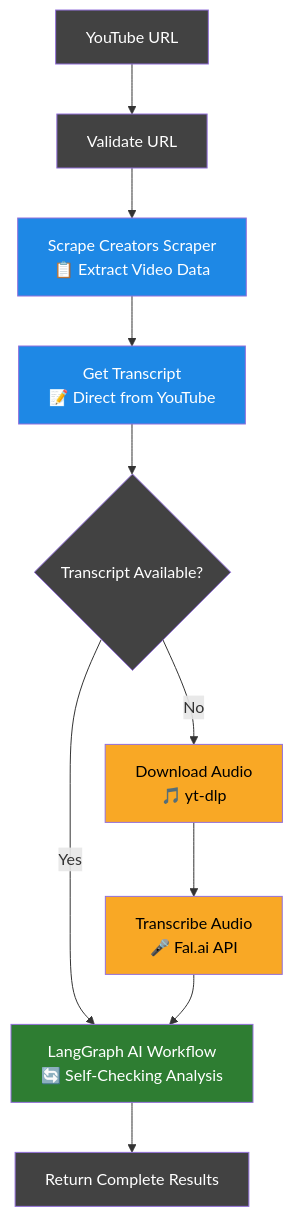
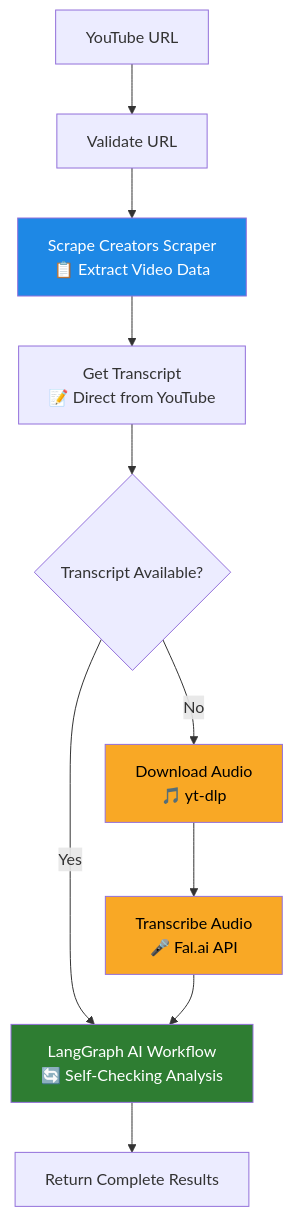
Before and after one commit to teron131/youtube-summarizer: the first of 2 diagrams in README.md, drawn with Mermaid. The commit also changed other lines of this file and 1 other file, not shown here.

````diff
--- a/README.md
+++ b/README.md
@@ -30,22 +37,17 @@
 ```mermaid
 graph TD
     A[YouTube URL] --> B[Validate URL]
     B --> C[Scrape Creators Scraper<br/>📋 Extract Video Data]
     C --> D[Get Transcript<br/>📝 Direct from YouTube]
     D --> E{Transcript Available?}
     E -->|Yes| F[LangGraph AI Workflow<br/>🔄 Self-Checking Analysis]
     E -->|No| G[Download Audio<br/>🎵 yt-dlp]
     G --> H[Transcribe Audio<br/>🎤 Fal.ai API]
     H --> F
     F --> I[Return Complete Results]
     
-    style A fill:#424242,color:#fff
-    style B fill:#424242,color:#fff
     style C fill:#1E88E5,color:#fff
-    style D fill:#1E88E5,color:#fff
-    style E fill:#424242,color:#fff
     style G fill:#F9A825,color:#000
     style H fill:#F9A825,color:#000
     style F fill:#2E7D32,color:#fff
-    style I fill:#424242,color:#fff
 ```
````
